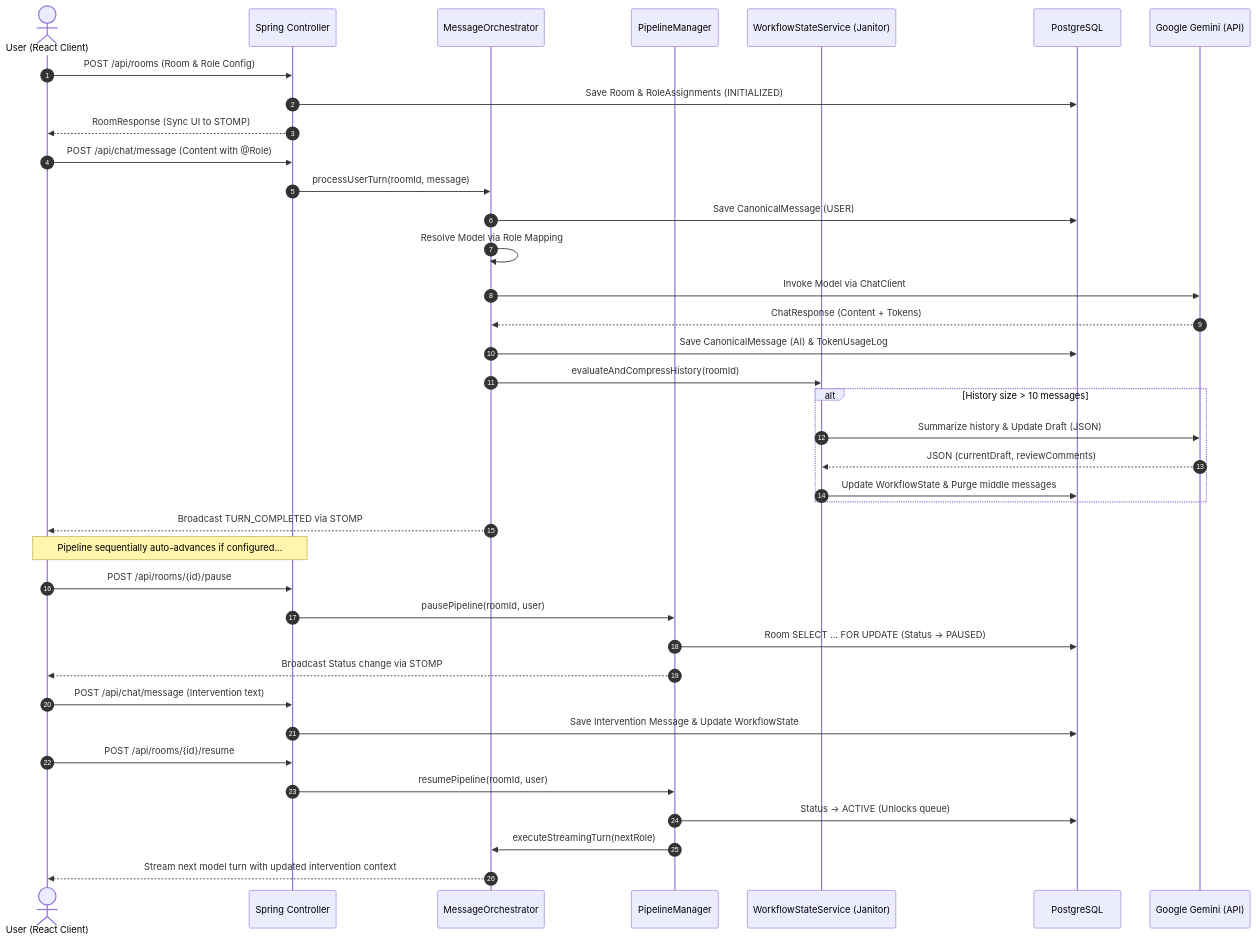
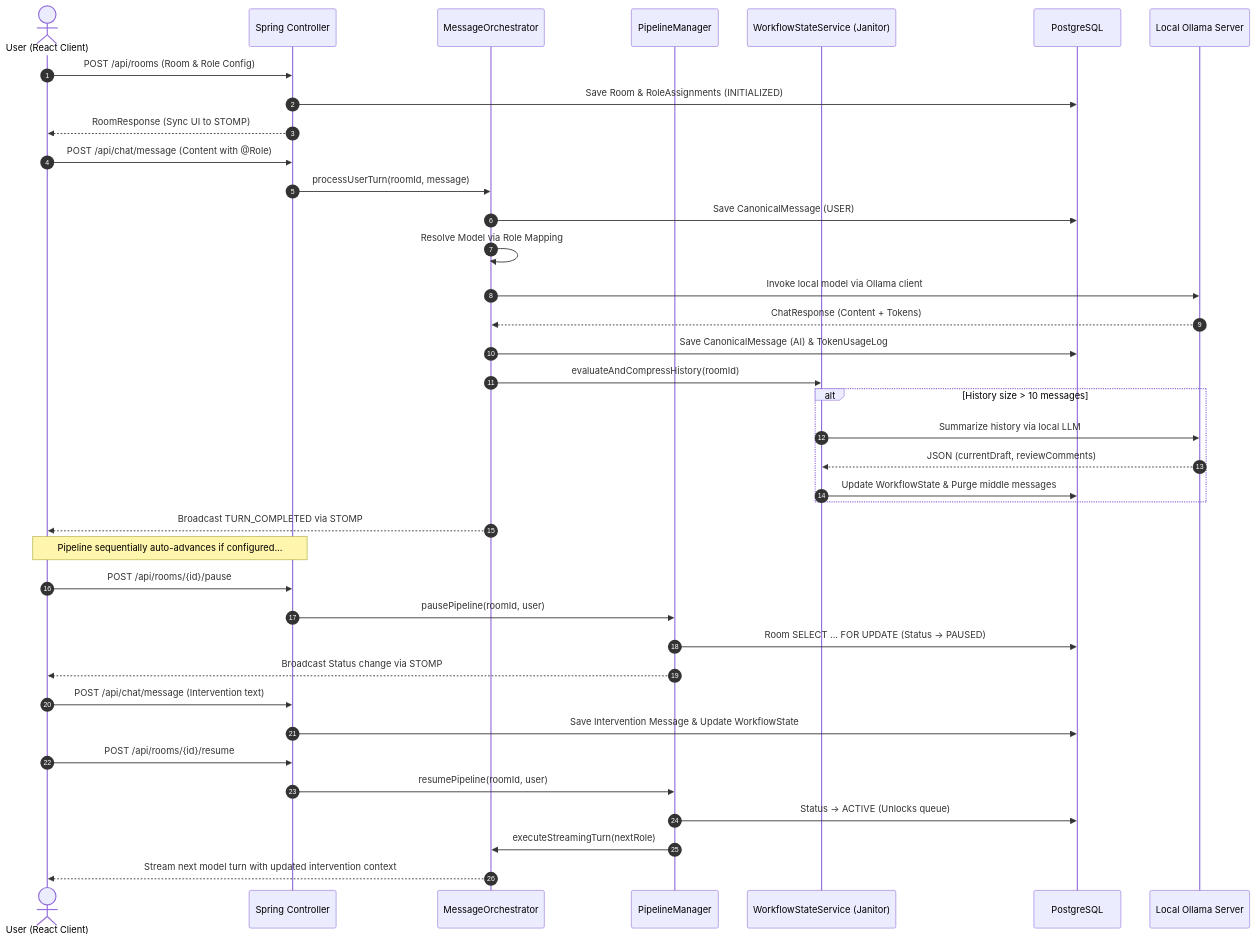
Before and after one commit to vaibhv19/Conclave: the diagram in Docs/PRD.md, drawn with Mermaid. The commit also changed other lines of this file, not shown here.

Commit message:
docs: update PRD for local multi-model orchestration

````diff
--- a/Docs/PRD.md
+++ b/Docs/PRD.md
@@ -124,51 +124,51 @@
 ```mermaid
 sequenceDiagram
     autonumber
     actor User as User (React Client)
     participant API as Spring Controller
     participant Orch as MessageOrchestrator
     participant PM as PipelineManager
     participant Janitor as WorkflowStateService (Janitor)
     participant DB as PostgreSQL
-    participant LLM as Google Gemini (API)
+    participant LLM as Local Ollama Server
 
     %% Room Init
     User->>API: POST /api/rooms (Room & Role Config)
     API->>DB: Save Room & RoleAssignments (INITIALIZED)
     API-->>User: RoomResponse (Sync UI to STOMP)
 
     %% User prompt with Mention
     User->>API: POST /api/chat/message (Content with @Role)
     API->>Orch: processUserTurn(roomId, message)
     Orch->>DB: Save CanonicalMessage (USER)
     Orch->>Orch: Resolve Model via Role Mapping
-    Orch->>LLM: Invoke Model via ChatClient
+    Orch->>LLM: Invoke local model via Ollama client
     LLM-->>Orch: ChatResponse (Content + Tokens)
     Orch->>DB: Save CanonicalMessage (AI) & TokenUsageLog
     Orch->>Janitor: evaluateAndCompressHistory(roomId)
     
     %% Context Janitor execution
     alt History size > 10 messages
-        Janitor->>LLM: Summarize history & Update Draft (JSON)
+        Janitor->>LLM: Summarize history via local LLM
         LLM-->>Janitor: JSON (currentDraft, reviewComments)
         Janitor->>DB: Update WorkflowState & Purge middle messages
     end
 
     Orch-->>User: Broadcast TURN_COMPLETED via STOMP
     Note over User, API: Pipeline sequentially auto-advances if configured...
 
     %% Pipeline Pause / Intervene
     User->>API: POST /api/rooms/{id}/pause
     API->>PM: pausePipeline(roomId, user)
     PM->>DB: Room SELECT ... FOR UPDATE (Status -> PAUSED)
     PM-->>User: Broadcast Status change via STOMP
     
     User->>API: POST /api/chat/message (Intervention text)
     API->>DB: Save Intervention Message & Update WorkflowState
     
     User->>API: POST /api/rooms/{id}/resume
     API->>PM: resumePipeline(roomId, user)
     PM->>DB: Status -> ACTIVE (Unlocks queue)
     PM->>Orch: executeStreamingTurn(nextRole)
     Orch-->>User: Stream next model turn with updated intervention context
 ```
````
